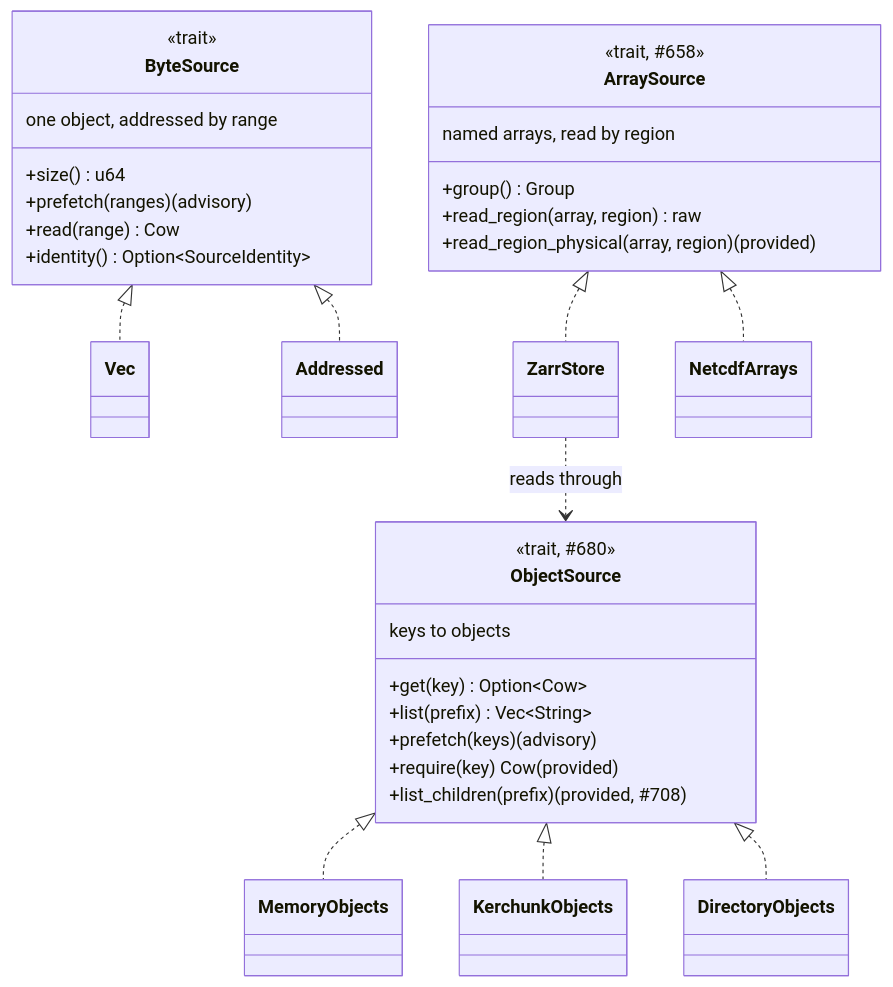
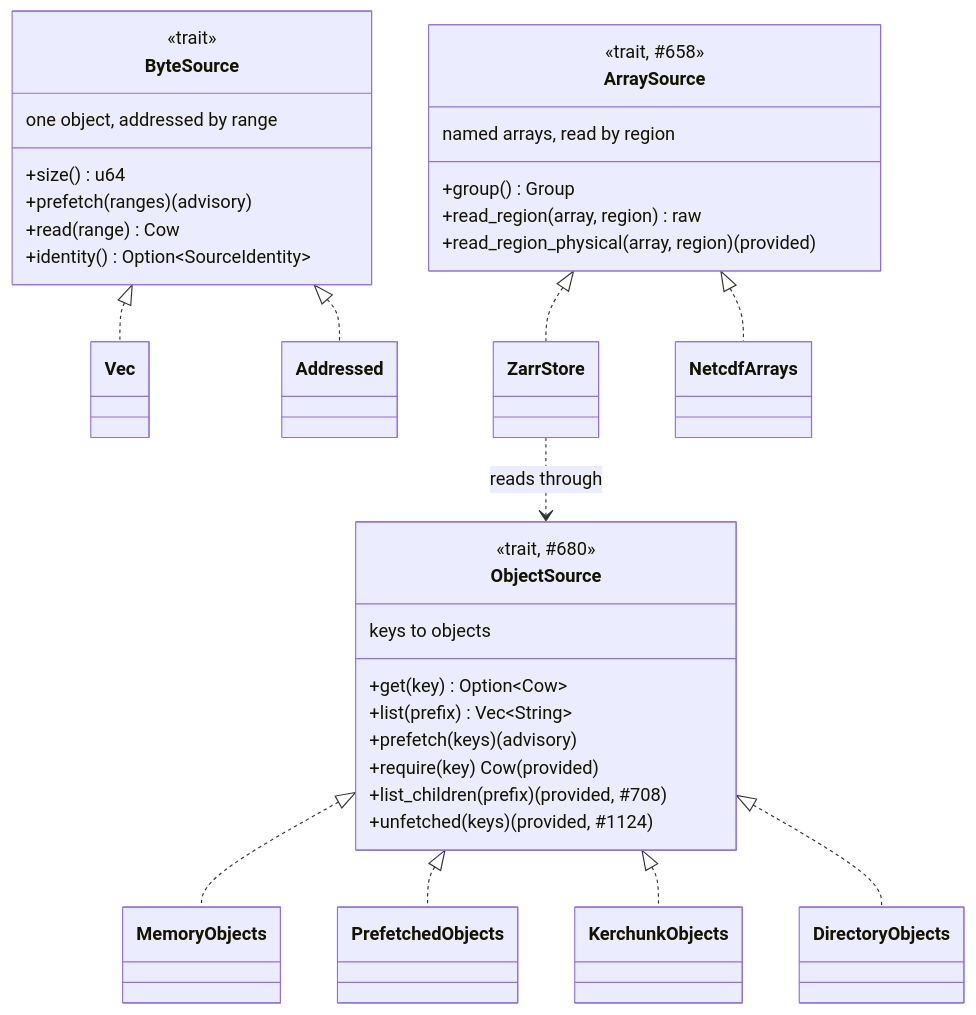
The first of 6 diagrams in docs/architecture/02-trait-seams.md (D0ubleD0uble/fieldglass), drawn with Mermaid before and after one commit. The commit also changed other lines of this file and 6 other files, not shown here.

First line of the commit message:
feat(fieldglass-core): a prefetched-objects source that names keys it was never given

````diff
--- a/docs/architecture/02-trait-seams.md
+++ b/docs/architecture/02-trait-seams.md
@@ -167,37 +178,39 @@
 ```mermaid
 classDiagram
     class ByteSource {
         <<trait>>
         one object, addressed by range
         +size() u64
         +prefetch(ranges) (advisory)
         +read(range) Cow
         +identity() Option~SourceIdentity~
     }
     class ObjectSource {
         <<trait, #680>>
         keys to objects
         +get(key) Option~Cow~
         +list(prefix) Vec~String~
         +prefetch(keys) (advisory)
         +require(key) Cow (provided)
         +list_children(prefix) (provided, #708)
+        +unfetched(keys) (provided, #1124)
     }
 
     class ArraySource {
         <<trait, #658>>
         named arrays, read by region
         +group() Group
         +read_region(array, region) raw
         +read_region_physical(array, region) (provided)
     }
 
     ByteSource <|.. Vec
     ByteSource <|.. Addressed
     ObjectSource <|.. MemoryObjects
+    ObjectSource <|.. PrefetchedObjects
     ObjectSource <|.. KerchunkObjects
     ObjectSource <|.. DirectoryObjects
     ArraySource <|.. ZarrStore
     ArraySource <|.. NetcdfArrays
     ZarrStore ..> ObjectSource : reads through
 ```
````
